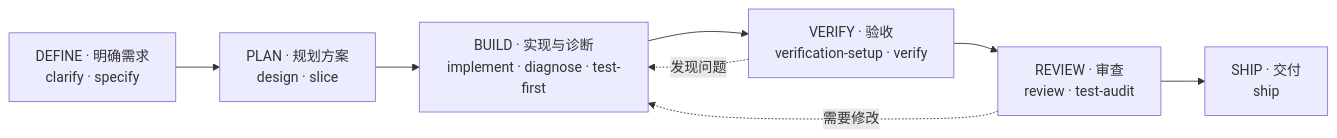
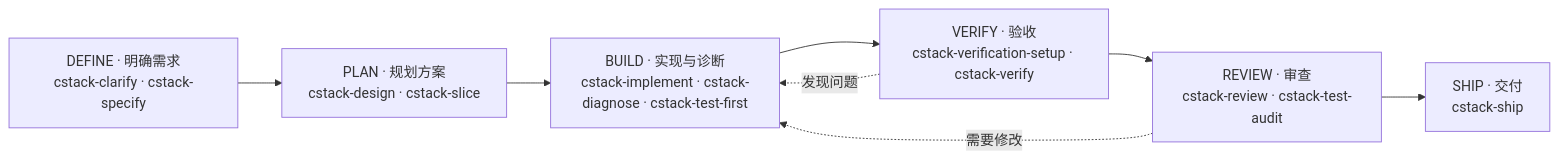
Before and after one commit to calvingit/cstack: the diagram in README.md, drawn with Mermaid. The commit also changed other lines of this file and 166 other files, not shown here.

````diff
--- a/README.md
+++ b/README.md
@@ -5,10 +5,10 @@
 ```mermaid
 flowchart LR
-    DEFINE["DEFINE · 明确需求<br/>clarify · specify"] --> PLAN["PLAN · 规划方案<br/>design · slice"]
-    PLAN --> BUILD["BUILD · 实现与诊断<br/>implement · diagnose · test-first"]
-    BUILD --> VERIFY["VERIFY · 验收<br/>verification-setup · verify"]
-    VERIFY --> REVIEW["REVIEW · 审查<br/>review · test-audit"]
-    REVIEW --> SHIP["SHIP · 交付<br/>ship"]
+    DEFINE["DEFINE · 明确需求<br/>cstack-clarify · cstack-specify"] --> PLAN["PLAN · 规划方案<br/>cstack-design · cstack-slice"]
+    PLAN --> BUILD["BUILD · 实现与诊断<br/>cstack-implement · cstack-diagnose · cstack-test-first"]
+    BUILD --> VERIFY["VERIFY · 验收<br/>cstack-verification-setup · cstack-verify"]
+    VERIFY --> REVIEW["REVIEW · 审查<br/>cstack-review · cstack-test-audit"]
+    REVIEW --> SHIP["SHIP · 交付<br/>cstack-ship"]
     VERIFY -. 发现问题 .-> BUILD
     REVIEW -. 需要修改 .-> BUILD
 ```
````
